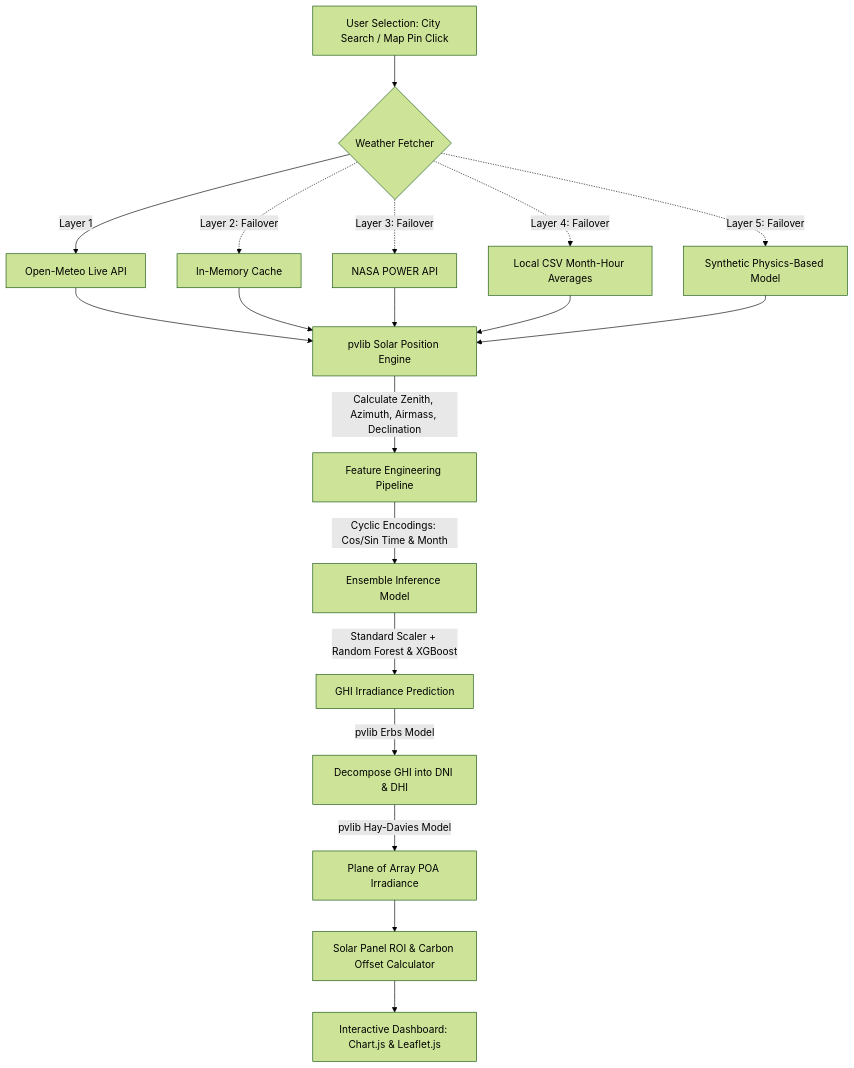
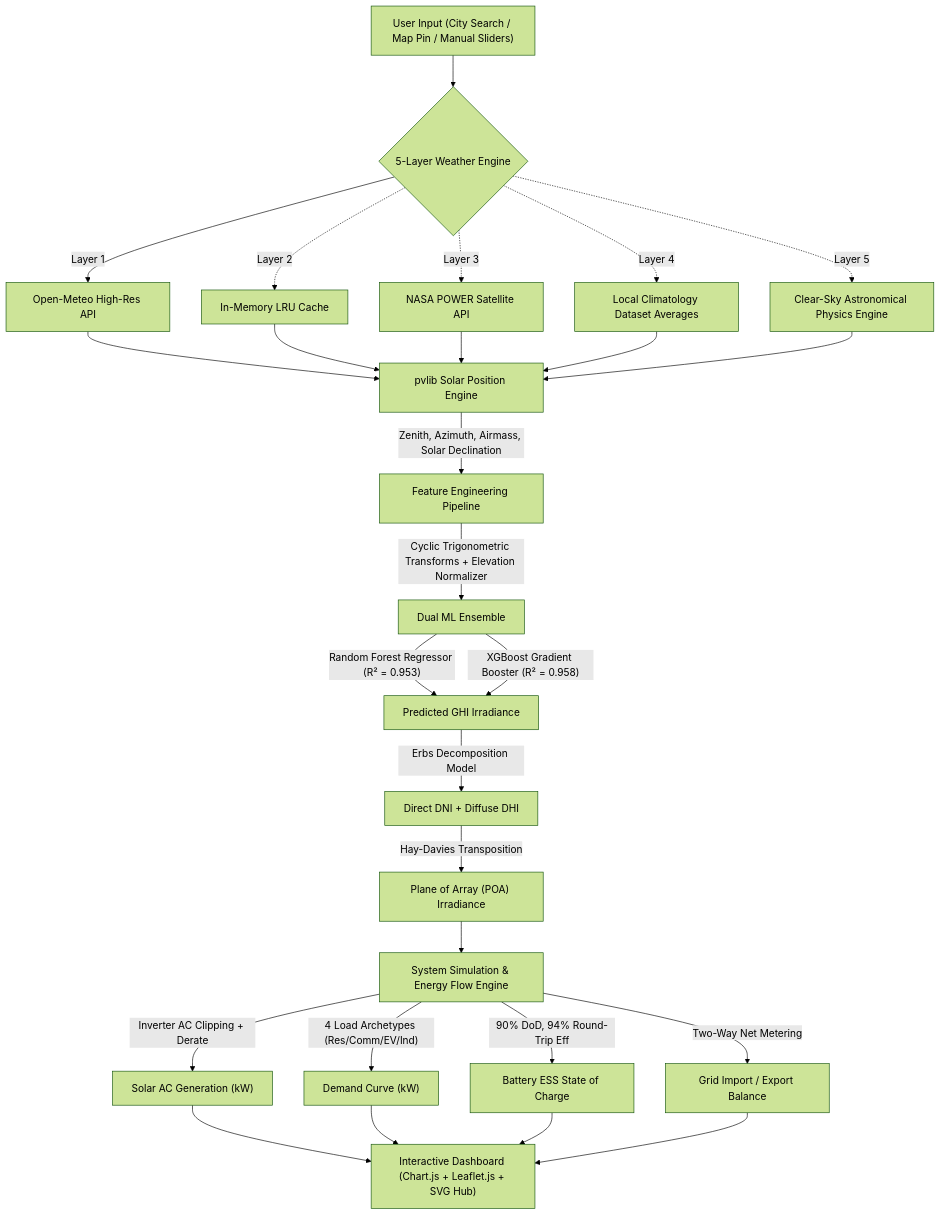
Before and after one commit to mvishnunaidu/SolarNet_Pro: the diagram in README.md, drawn with Mermaid (forest theme). The commit also changed other lines of this file and 1 other file, not shown here.

Commit message:
feat(release): verify real-world solar installation physics, clean orphaned assets, and overhaul documentation

````diff
--- a/README.md
+++ b/README.md
@@ -28,22 +115,28 @@
 ```mermaid
-graph TD
-    A[User Selection: City Search / Map Pin Click] --> B{Weather Fetcher}
+flowchart TD
+    A["User Input (City Search / Map Pin / Manual Sliders)"] --> B{"5-Layer Weather Engine"}
     
-    B -->|Layer 1| C[Open-Meteo Live API]
-    B -.->|Layer 2: Failover| D[In-Memory Cache]
-    B -.->|Layer 3: Failover| E[NASA POWER API]
-    B -.->|Layer 4: Failover| F[Local CSV Month-Hour Averages]
-    B -.->|Layer 5: Failover| G[Synthetic Physics-Based Model]
+    B -->|"Layer 1"| C["Open-Meteo High-Res API"]
+    B -.->|"Layer 2"| D["In-Memory LRU Cache"]
+    B -.->|"Layer 3"| E["NASA POWER Satellite API"]
+    B -.->|"Layer 4"| F["Local Climatology Dataset Averages"]
+    B -.->|"Layer 5"| G["Clear-Sky Astronomical Physics Engine"]
     
-    C & D & E & F & G --> H[pvlib Solar Position Engine]
-    H -->|Calculate Zenith, Azimuth, Airmass, Declination| I[Feature Engineering Pipeline]
+    C & D & E & F & G --> H["pvlib Solar Position Engine"]
+    H -->|"Zenith, Azimuth, Airmass, Solar Declination"| I["Feature Engineering Pipeline"]
     
-    I -->|Cyclic Encodings: Cos/Sin Time & Month| J[Ensemble Inference Model]
-    J -->|Standard Scaler + Random Forest & XGBoost| K[GHI Irradiance Prediction]
+    I -->|"Cyclic Trigonometric Transforms + Elevation Normalizer"| J["Dual ML Ensemble"]
+    J -->|"Random Forest Regressor (R² = 0.953)"| K["Predicted GHI Irradiance"]
+    J -->|"XGBoost Gradient Booster (R² = 0.958)"| K
     
-    K -->|pvlib Erbs Model| L[Decompose GHI into DNI & DHI]
-    L -->|pvlib Hay-Davies Model| M[Plane of Array POA Irradiance]
+    K -->|"Erbs Decomposition Model"| L["Direct DNI + Diffuse DHI"]
+    L -->|"Hay-Davies Transposition"| M["Plane of Array (POA) Irradiance"]
     
-    M --> N[Solar Panel ROI & Carbon Offset Calculator]
-    N --> O[Interactive Dashboard: Chart.js & Leaflet.js]
+    M --> N["System Simulation & Energy Flow Engine"]
+    N -->|"Inverter AC Clipping + Derate"| O["Solar AC Generation (kW)"]
+    N -->|"4 Load Archetypes (Res/Comm/EV/Ind)"| P["Demand Curve (kW)"]
+    N -->|"90% DoD, 94% Round-Trip Eff"| Q["Battery ESS State of Charge"]
+    N -->|"Two-Way Net Metering"| R["Grid Import / Export Balance"]
+    
+    O & P & Q & R --> S["Interactive Dashboard (Chart.js + Leaflet.js + SVG Hub)"]
 ```
````
